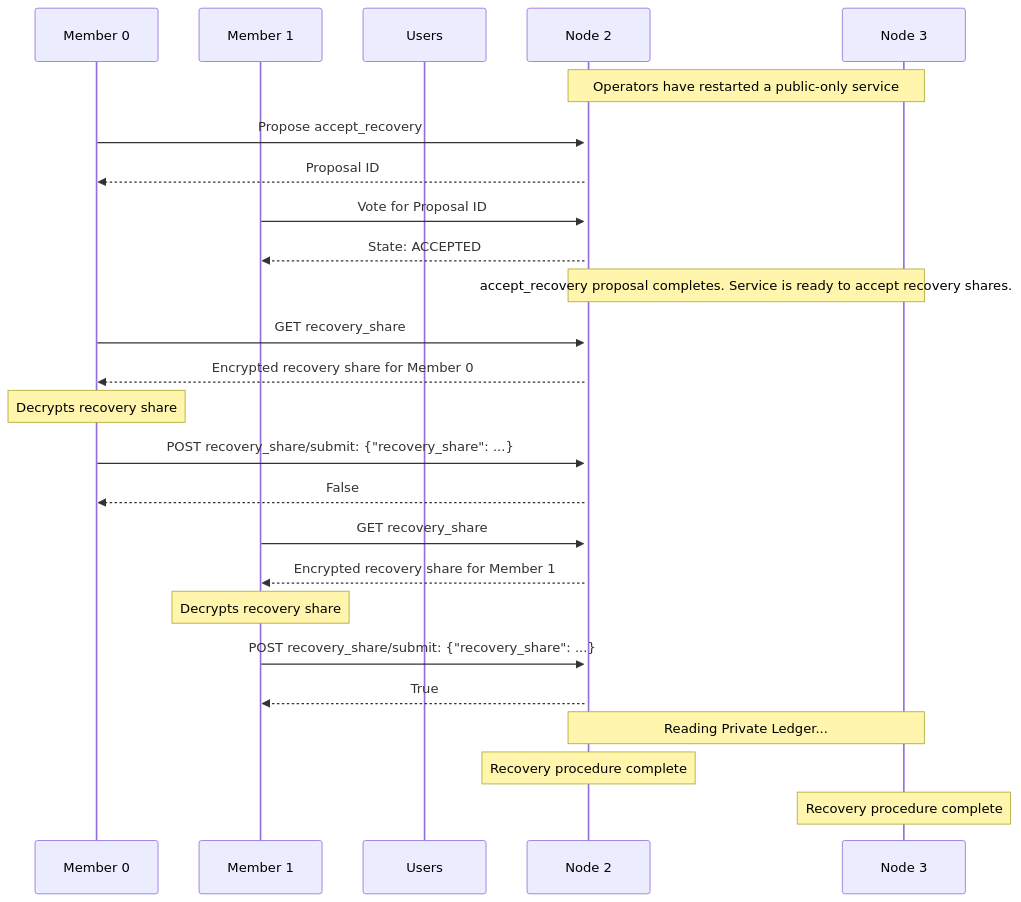
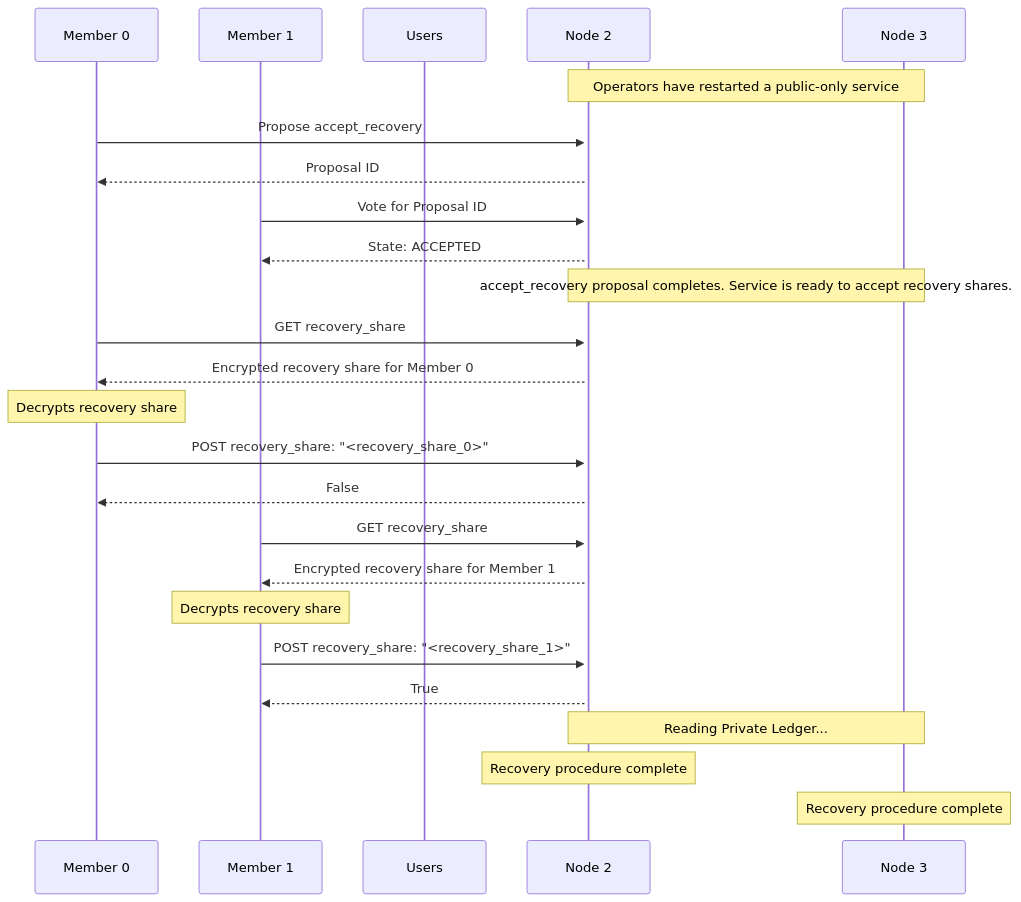
The diagram in doc/members/accept_recovery.rst (microsoft/CCF), drawn with Mermaid before and after one commit. The commit also changed other lines of this file and 9 other files, not shown here.

Commit message:
recovery_share/submit -> POST recovery_share

```diff
--- a/doc/members/accept_recovery.rst
+++ b/doc/members/accept_recovery.rst
@@ -85,33 +85,33 @@
 .. mermaid::
 
     sequenceDiagram
         participant Member 0
         participant Member 1
         participant Users
         participant Node 2
         participant Node 3
 
         Note over Node 2, Node 3: Operators have restarted a public-only service
 
         Member 0->>+Node 2: Propose accept_recovery
         Node 2-->>Member 0: Proposal ID
         Member 1->>+Node 2: Vote for Proposal ID
         Node 2-->>Member 1: State: ACCEPTED
         Note over Node 2, Node 3: accept_recovery proposal completes. Service is ready to accept recovery shares.
 
         Member 0->>+Node 2: GET recovery_share
         Node 2-->>Member 0: Encrypted recovery share for Member 0
         Note over Member 0: Decrypts recovery share
-        Member 0->>+Node 2: POST recovery_share/submit: {"recovery_share": ...}
+        Member 0->>+Node 2: POST recovery_share: "<recovery_share_0>"
         Node 2-->>Member 0: False
 
         Member 1->>+Node 2: GET recovery_share
         Node 2-->>Member 1: Encrypted recovery share for Member 1
         Note over Member 1: Decrypts recovery share
-        Member 1->>+Node 2: POST recovery_share/submit: {"recovery_share": ...}
+        Member 1->>+Node 2: POST recovery_share: "<recovery_share_1>"
         Node 2-->>Member 1: True
 
         Note over Node 2, Node 3: Reading Private Ledger...
 
         Note over Node 2: Recovery procedure complete
         Note over Node 3: Recovery procedure complete
```
